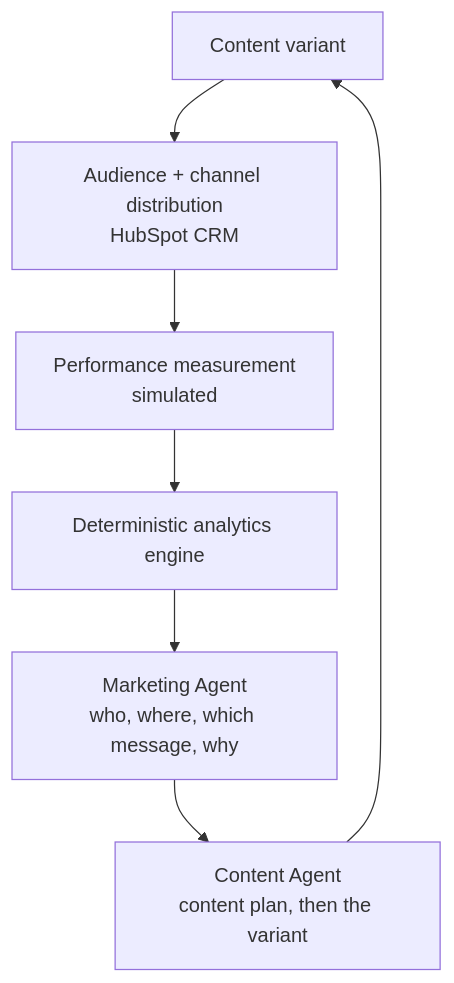
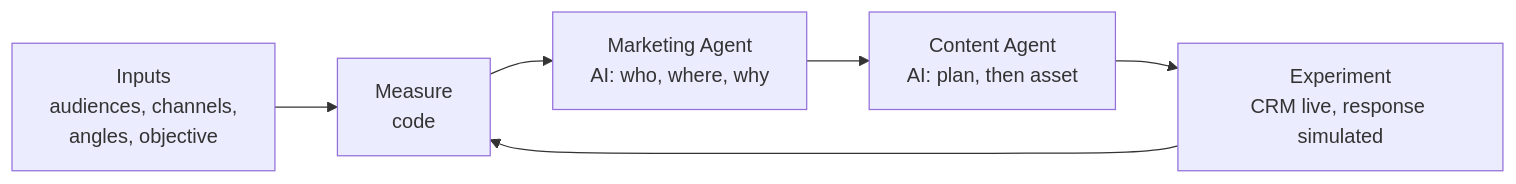
Before and after one commit to shivagoel5/signalloop: the diagram in README.md, drawn with Mermaid. The commit also changed other lines of this file and 37 other files, not shown here.

````diff
--- a/README.md
+++ b/README.md
@@ -13,9 +21,8 @@
 ```mermaid
-flowchart TD
-    A[Content variant] --> B[Audience + channel distribution<br/>HubSpot CRM]
-    B --> C[Performance measurement<br/>simulated]
-    C --> D[Deterministic analytics engine]
-    D --> E[Marketing Agent<br/>who, where, which message, why]
-    E --> F[Content Agent<br/>content plan, then the variant]
-    F --> A
+flowchart LR
+    A[Inputs<br/>audiences, channels,<br/>angles, objective] --> B[Measure<br/>code]
+    B --> C[Marketing Agent<br/>AI: who, where, why]
+    C --> D[Content Agent<br/>AI: plan, then asset]
+    D --> E[Experiment<br/>CRM live, response simulated]
+    E --> B
 ```
````
